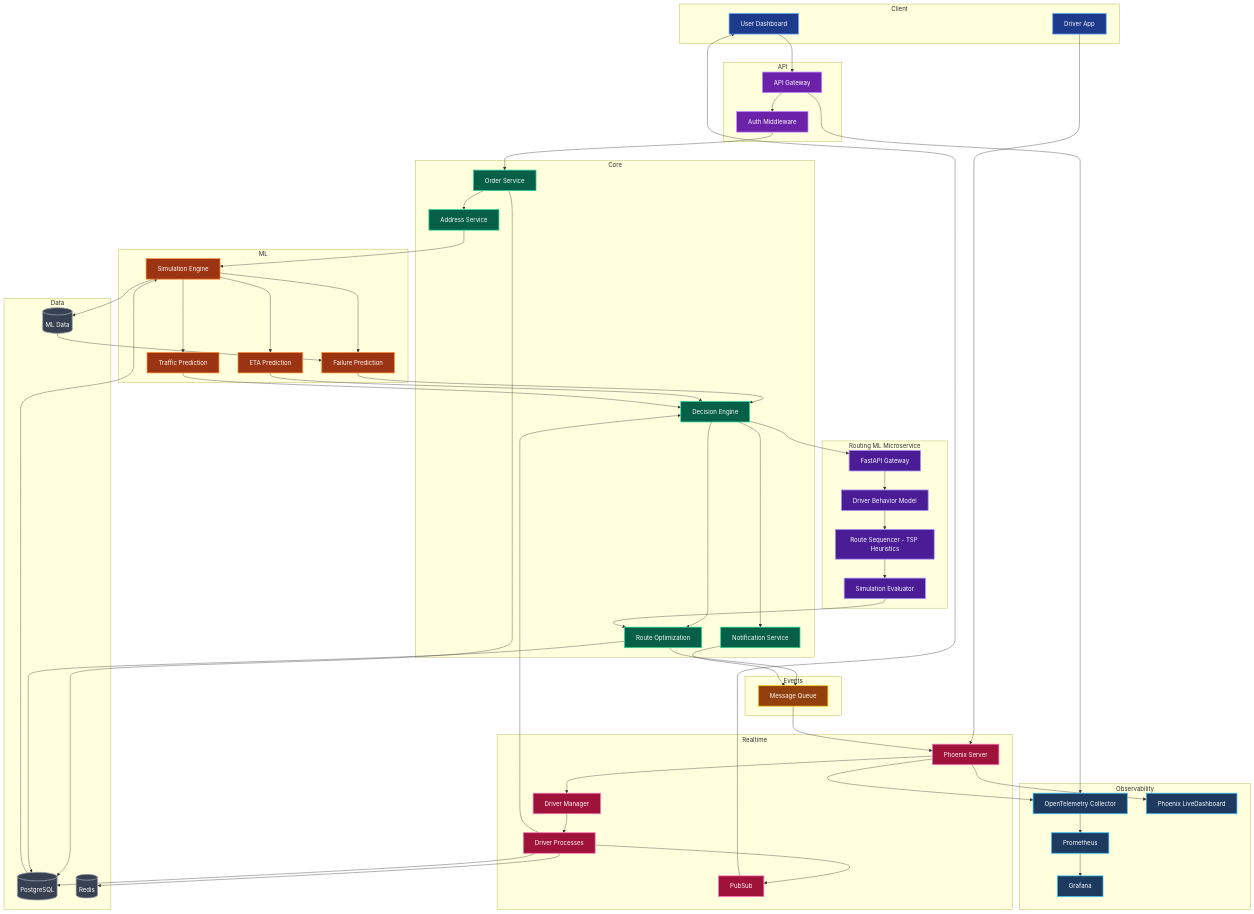
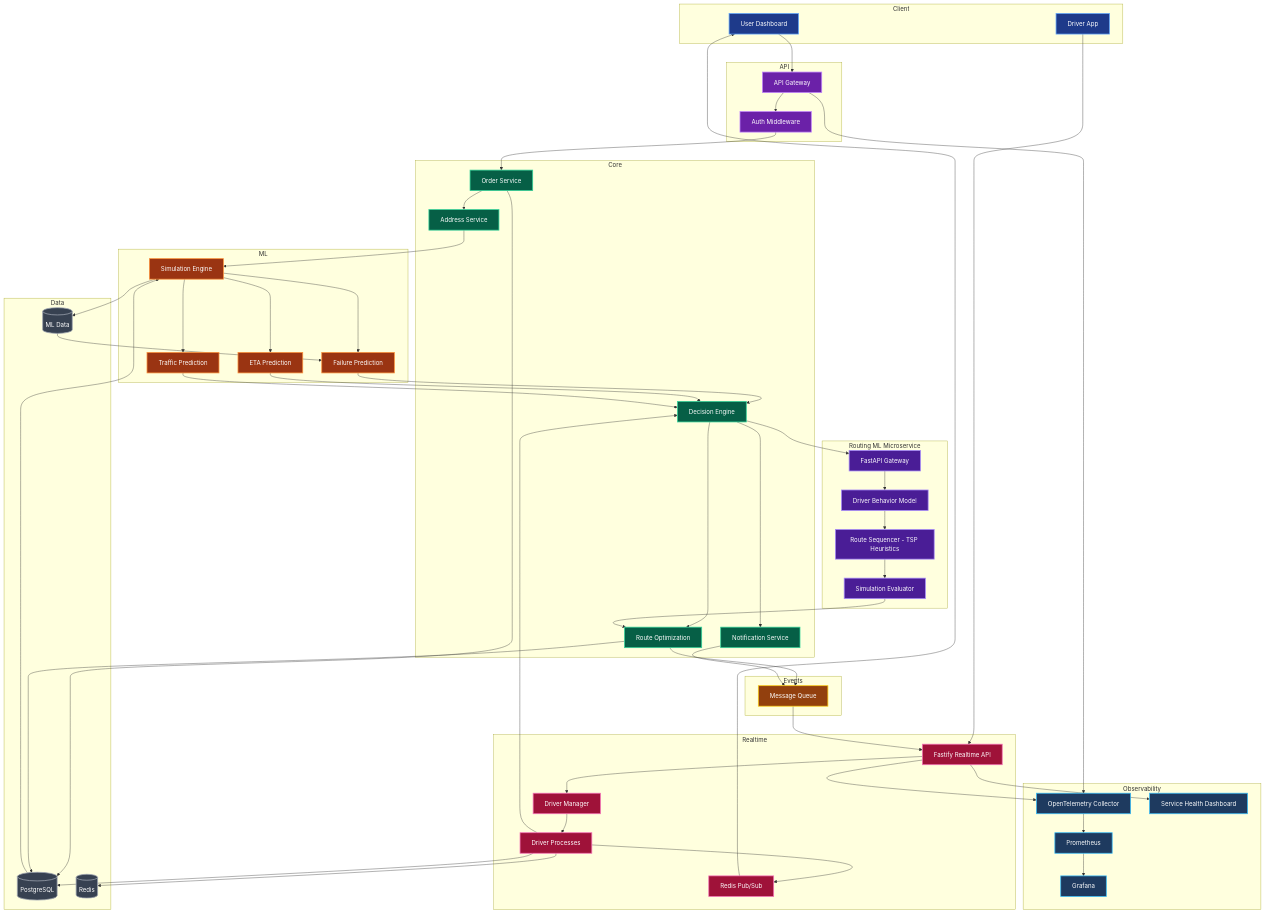
The diagram in docs/PRD.md (JUSTMEETPATEL/SynapseRoute-AI), drawn with Mermaid before and after one commit. The commit also changed other lines of this file, not shown here.

```diff
--- a/docs/PRD.md
+++ b/docs/PRD.md
@@ -158,10 +158,10 @@
 
 %% ================= REALTIME =================
 subgraph Realtime
-    E1[Phoenix Server]
+  E1[Fastify Realtime API]
     E2[Driver Manager]
     E3[Driver Processes]
-    E4[PubSub]
+  E4[Redis Pub/Sub]
 end
 
 %% ================= EVENTS =================
@@ -181,7 +181,7 @@
     H1[OpenTelemetry Collector]
     H2[Prometheus]
     H3[Grafana]
-    H4[Phoenix LiveDashboard]
+  H4[Service Health Dashboard]
 end
 
 %% ================= FLOW =================
```
